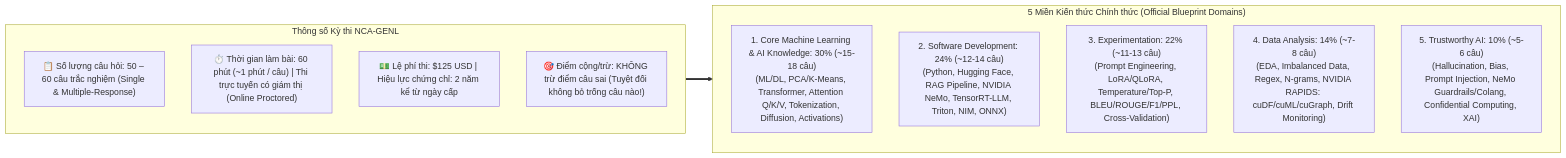
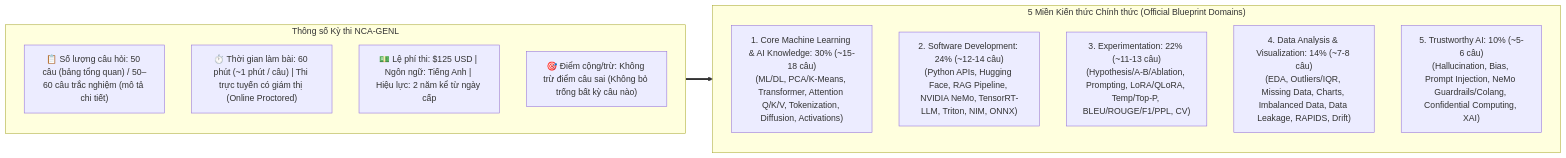
One commit to nxthanh2904/nca-genl changed the diagram in NCA_GENL_Exam_Guide_and_Tips.md. Above: the diagram before and after it, drawn with Mermaid. The commit also changed other lines of this file and 14 other files, not shown here.

````diff
--- a/NCA_GENL_Exam_Guide_and_Tips.md
+++ b/NCA_GENL_Exam_Guide_and_Tips.md
@@ -10,21 +13,21 @@
 ```mermaid
 flowchart LR
     subgraph Exam["Thông số Kỳ thi NCA-GENL"]
         direction TB
-        I1["📋 Số lượng câu hỏi: 50 – 60 câu trắc nghiệm (Single & Multiple-Response)"]
+        I1["📋 Số lượng câu hỏi: 50 câu (bảng tổng quan) / 50–60 câu trắc nghiệm (mô tả chi tiết)"]
         I2["⏱️ Thời gian làm bài: 60 phút (~1 phút / câu) | Thi trực tuyến có giám thị (Online Proctored)"]
-        I3["💵 Lệ phí thi: $125 USD | Hiệu lực chứng chỉ: 2 năm kể từ ngày cấp"]
-        I4["🎯 Điểm cộng/trừ: KHÔNG trừ điểm câu sai (Tuyệt đối không bỏ trống câu nào!)"]
+        I3["💵 Lệ phí thi: $125 USD | Ngôn ngữ: Tiếng Anh | Hiệu lực: 2 năm kể từ ngày cấp"]
+        I4["🎯 Điểm cộng/trừ: Không trừ điểm câu sai (Không bỏ trống bất kỳ câu nào)"]
     end
 
     subgraph Blueprint["5 Miền Kiến thức Chính thức (Official Blueprint Domains)"]
         direction TB
         D1["1. Core Machine Learning & AI Knowledge: 30% (~15-18 câu)<br/>(ML/DL, PCA/K-Means, Transformer, Attention Q/K/V, Tokenization, Diffusion, Activations)"]
-        D2["2. Software Development: 24% (~12-14 câu)<br/>(Python, Hugging Face, RAG Pipeline, NVIDIA NeMo, TensorRT-LLM, Triton, NIM, ONNX)"]
-        D3["3. Experimentation: 22% (~11-13 câu)<br/>(Prompt Engineering, LoRA/QLoRA, Temperature/Top-P, BLEU/ROUGE/F1/PPL, Cross-Validation)"]
-        D4["4. Data Analysis: 14% (~7-8 câu)<br/>(EDA, Imbalanced Data, Regex, N-grams, NVIDIA RAPIDS: cuDF/cuML/cuGraph, Drift Monitoring)"]
+        D2["2. Software Development: 24% (~12-14 câu)<br/>(Python APIs, Hugging Face, RAG Pipeline, NVIDIA NeMo, TensorRT-LLM, Triton, NIM, ONNX)"]
+        D3["3. Experimentation: 22% (~11-13 câu)<br/>(Hypothesis/A-B/Ablation, Prompting, LoRA/QLoRA, Temp/Top-P, BLEU/ROUGE/F1/PPL, CV)"]
+        D4["4. Data Analysis & Visualization: 14% (~7-8 câu)<br/>(EDA, Outliers/IQR, Missing Data, Charts, Imbalanced Data, Data Leakage, RAPIDS, Drift)"]
         D5["5. Trustworthy AI: 10% (~5-6 câu)<br/>(Hallucination, Bias, Prompt Injection, NeMo Guardrails/Colang, Confidential Computing, XAI)"]
     end
 
     Exam ==> Blueprint
 ```
````
